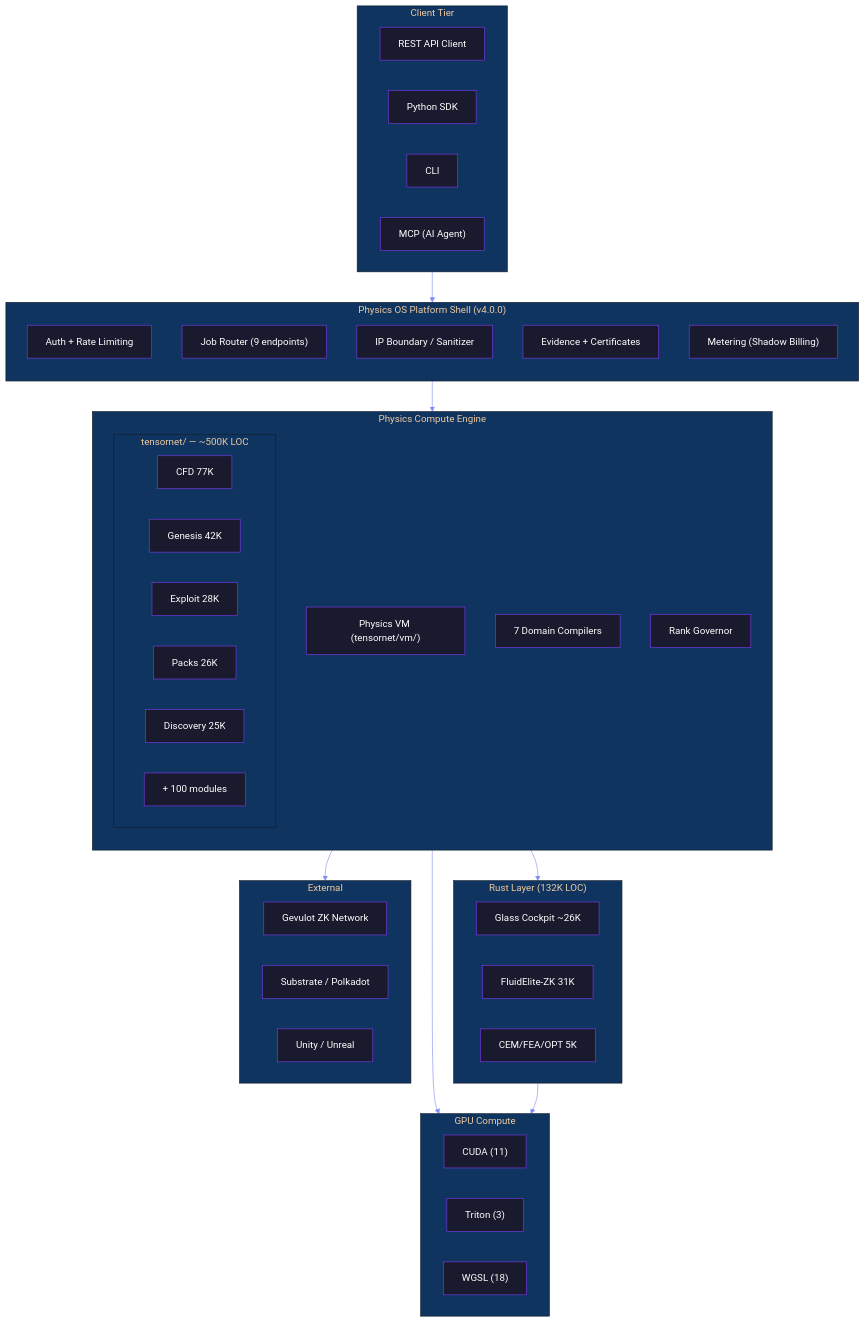
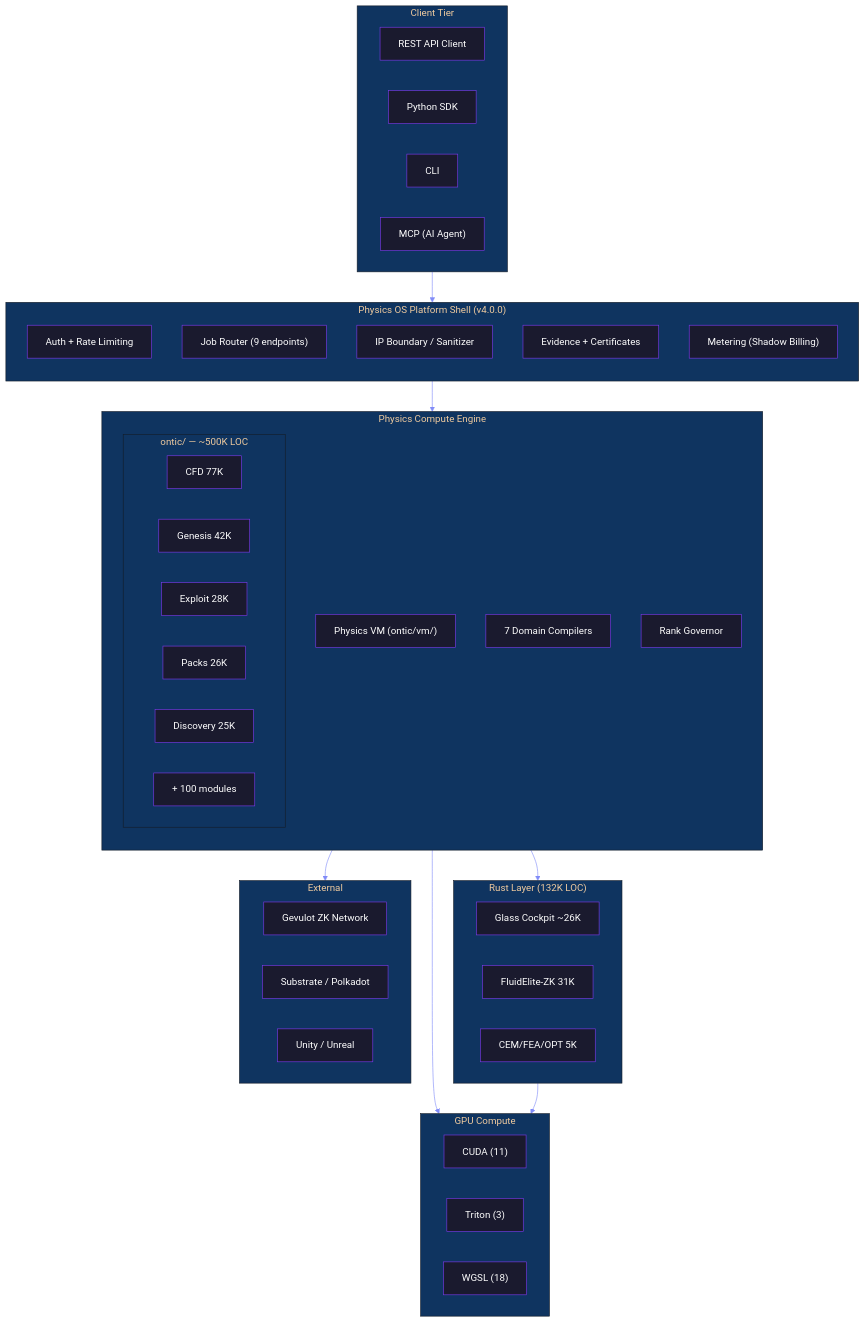
The diagram in PLATFORM_SPECIFICATION.md (tigantic/physics-os), drawn with Mermaid before and after one commit. The commit also changed other lines of this file and 2727 other files, not shown here.

First line of the commit message:
Phase 1: Python package rename — tensornet→ontic, hypertensor→physics_os

````diff
--- a/PLATFORM_SPECIFICATION.md
+++ b/PLATFORM_SPECIFICATION.md
@@ -916,63 +916,63 @@
 ```mermaid
 %%{init: {'theme': 'base', 'themeVariables': { 'primaryColor': '#1a1a2e', 'primaryTextColor': '#fff', 'primaryBorderColor': '#7c3aed', 'lineColor': '#818cf8', 'secondaryColor': '#16213e', 'tertiaryColor': '#0f3460'}}}%%
 flowchart TB
     subgraph clients["Client Tier"]
         direction LR
         api_client["REST API Client"]
         sdk_client["Python SDK"]
         cli_client["CLI"]
         mcp_client["MCP (AI Agent)"]
     end
 
     subgraph product["Physics OS Platform Shell (v4.0.0)"]
         direction TB
         auth["Auth + Rate Limiting"]
         router["Job Router (9 endpoints)"]
         sanitizer["IP Boundary / Sanitizer"]
         evidence["Evidence + Certificates"]
         metering["Metering (Shadow Billing)"]
     end
 
     subgraph engine["Physics Compute Engine"]
         direction TB
-        vm["Physics VM (tensornet/vm/)"]
+        vm["Physics VM (ontic/vm/)"]
         compilers["7 Domain Compilers"]
         rank_gov["Rank Governor"]
-        subgraph physics["tensornet/ — ~500K LOC"]
+        subgraph physics["ontic/ — ~500K LOC"]
             direction LR
             cfd["CFD 77K"]
             genesis["Genesis 42K"]
             exploit["Exploit 28K"]
             packs_mod["Packs 26K"]
             discover["Discovery 25K"]
             more_mods["+ 100 modules"]
         end
     end
 
     subgraph rust["Rust Layer (132K LOC)"]
         direction LR
         gc["Glass Cockpit ~26K"]
         fez["FluidElite-ZK 31K"]
         cem_fea["CEM/FEA/OPT 5K"]
     end
 
     subgraph gpu["GPU Compute"]
         cuda["CUDA (11)"]
         triton["Triton (3)"]
         wgsl["WGSL (18)"]
     end
 
     subgraph external["External"]
         direction LR
         gevulot["Gevulot ZK Network"]
         blockchain["Substrate / Polkadot"]
         game_eng["Unity / Unreal"]
     end
 
     clients --> product
     product --> engine
     engine --> rust
     engine --> gpu
     rust --> gpu
     engine --> external
 ```
````
